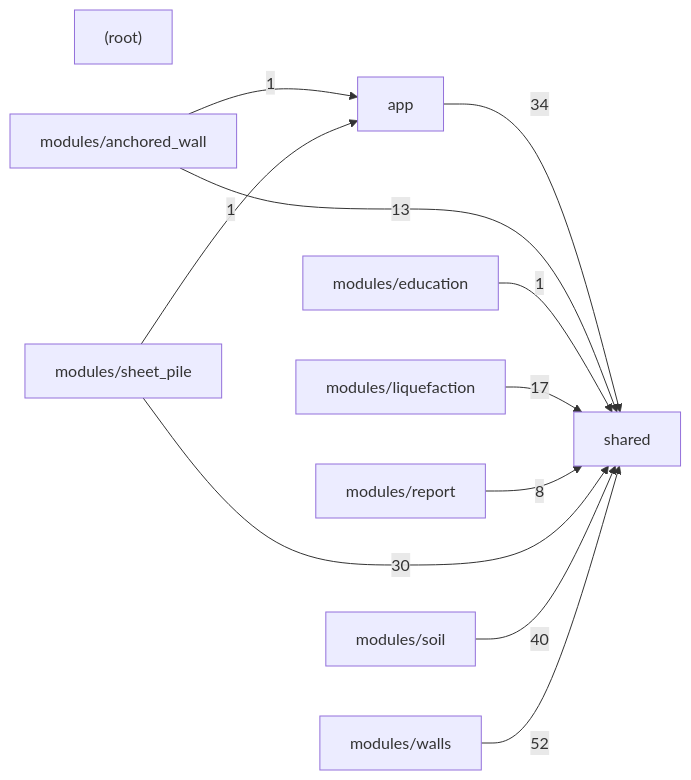
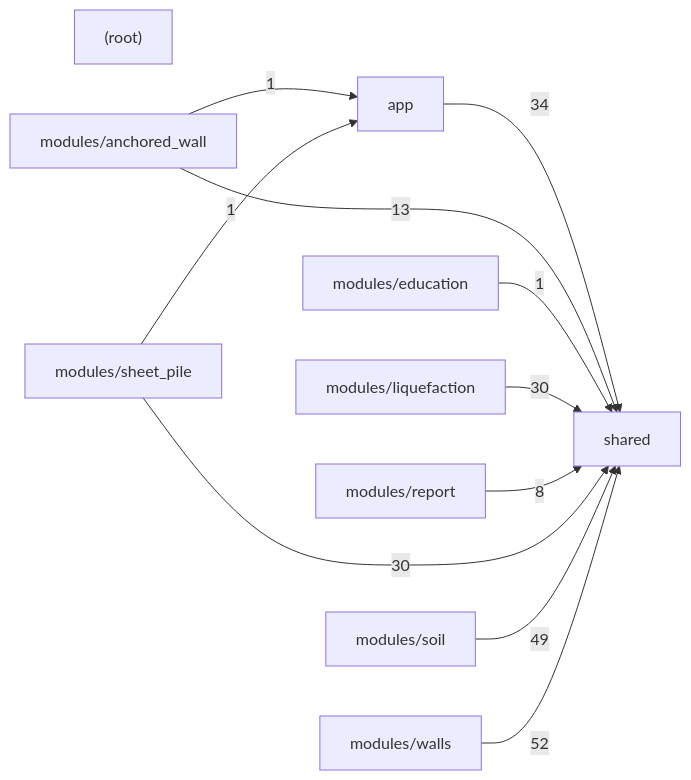
The second of 2 diagrams in docs/CODE_MAP.md (umutsertkaya/Foundation_Engineering_Program), drawn with Mermaid before and after one commit. The commit also changed other lines of this file, not shown here.

````diff
--- a/docs/CODE_MAP.md
+++ b/docs/CODE_MAP.md
@@ -648,23 +648,23 @@
 ```mermaid
 graph LR
   _root_["(root)"]
   app["app"]
   modules_anchored_wall["modules/anchored_wall"]
   modules_education["modules/education"]
   modules_liquefaction["modules/liquefaction"]
   modules_report["modules/report"]
   modules_sheet_pile["modules/sheet_pile"]
   modules_soil["modules/soil"]
   modules_walls["modules/walls"]
   shared["shared"]
   app -->|34| shared
   modules_anchored_wall -->|1| app
   modules_anchored_wall -->|13| shared
   modules_education -->|1| shared
-  modules_liquefaction -->|17| shared
+  modules_liquefaction -->|30| shared
   modules_report -->|8| shared
   modules_sheet_pile -->|1| app
   modules_sheet_pile -->|30| shared
-  modules_soil -->|40| shared
+  modules_soil -->|49| shared
   modules_walls -->|52| shared
 ```
````
